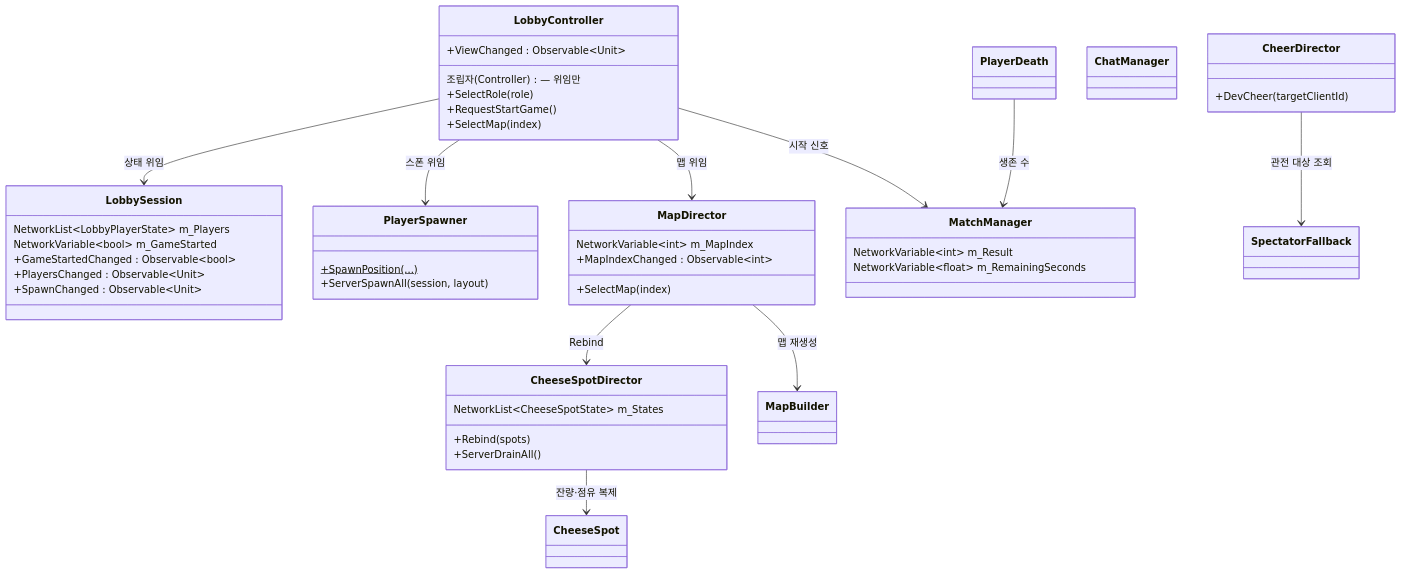
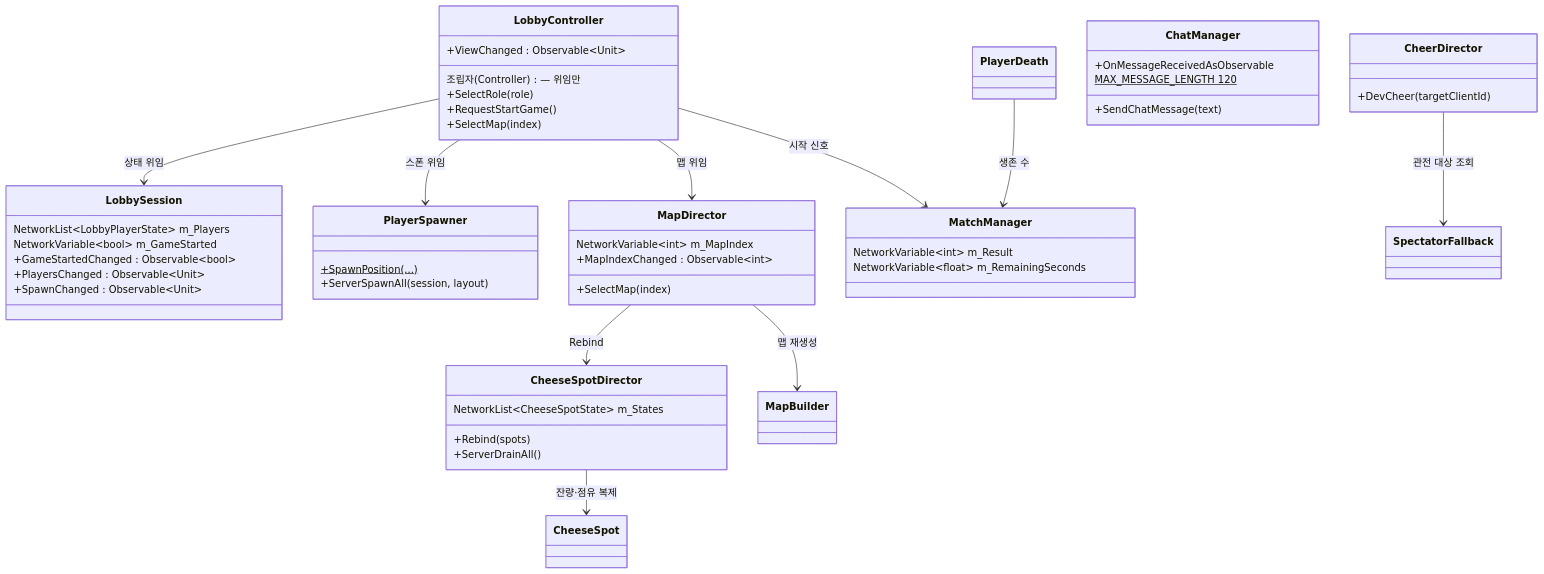
Before and after one commit to JeahanPark/The-Cheese-Thief-and-the-Cat: the fifth of 12 diagrams in CTC/docs/design-vault/코드 다이어그램.md, drawn with Mermaid. The commit also changed other lines of this file and 2 other files, not shown here.

First line of the commit message:
docs: v3.7 반영 (다이어그램·CLAUDE.md·핸드오프) + acceptEdits

````diff
--- a/CTC/docs/design-vault/코드 다이어그램.md
+++ b/CTC/docs/design-vault/코드 다이어그램.md
@@ -71,51 +71,55 @@
 ```mermaid
 classDiagram
     direction TB
 
     class LobbyController {
         조립자(Controller) — 위임만
         +SelectRole(role)
         +RequestStartGame()
         +SelectMap(index)
         +ViewChanged : Observable~Unit~
     }
     class LobbySession {
         NetworkList~LobbyPlayerState~ m_Players
         NetworkVariable~bool~ m_GameStarted
         +GameStartedChanged : Observable~bool~
         +PlayersChanged : Observable~Unit~
         +SpawnChanged : Observable~Unit~
     }
     class PlayerSpawner {
         +SpawnPosition(...)$
         +ServerSpawnAll(session, layout)
     }
     class MapDirector {
         NetworkVariable~int~ m_MapIndex
         +SelectMap(index)
         +MapIndexChanged : Observable~int~
     }
     class MatchManager {
         NetworkVariable~int~ m_Result
         NetworkVariable~float~ m_RemainingSeconds
     }
     class CheeseSpotDirector {
         NetworkList~CheeseSpotState~ m_States
         +Rebind(spots)
         +ServerDrainAll()
     }
     class CheerDirector {
         +DevCheer(targetClientId)
     }
-    class ChatManager
+    class ChatManager {
+        +SendChatMessage(text)
+        +OnMessageReceivedAsObservable
+        MAX_MESSAGE_LENGTH 120$
+    }
 
     LobbyController --> LobbySession : 상태 위임
     LobbyController --> PlayerSpawner : 스폰 위임
     LobbyController --> MapDirector : 맵 위임
     LobbyController --> MatchManager : 시작 신호
     MapDirector --> MapBuilder : 맵 재생성
     MapDirector --> CheeseSpotDirector : Rebind
     CheeseSpotDirector --> CheeseSpot : 잔량·점유 복제
     PlayerDeath --> MatchManager : 생존 수
     CheerDirector --> SpectatorFallback : 관전 대상 조회
 ```
````
